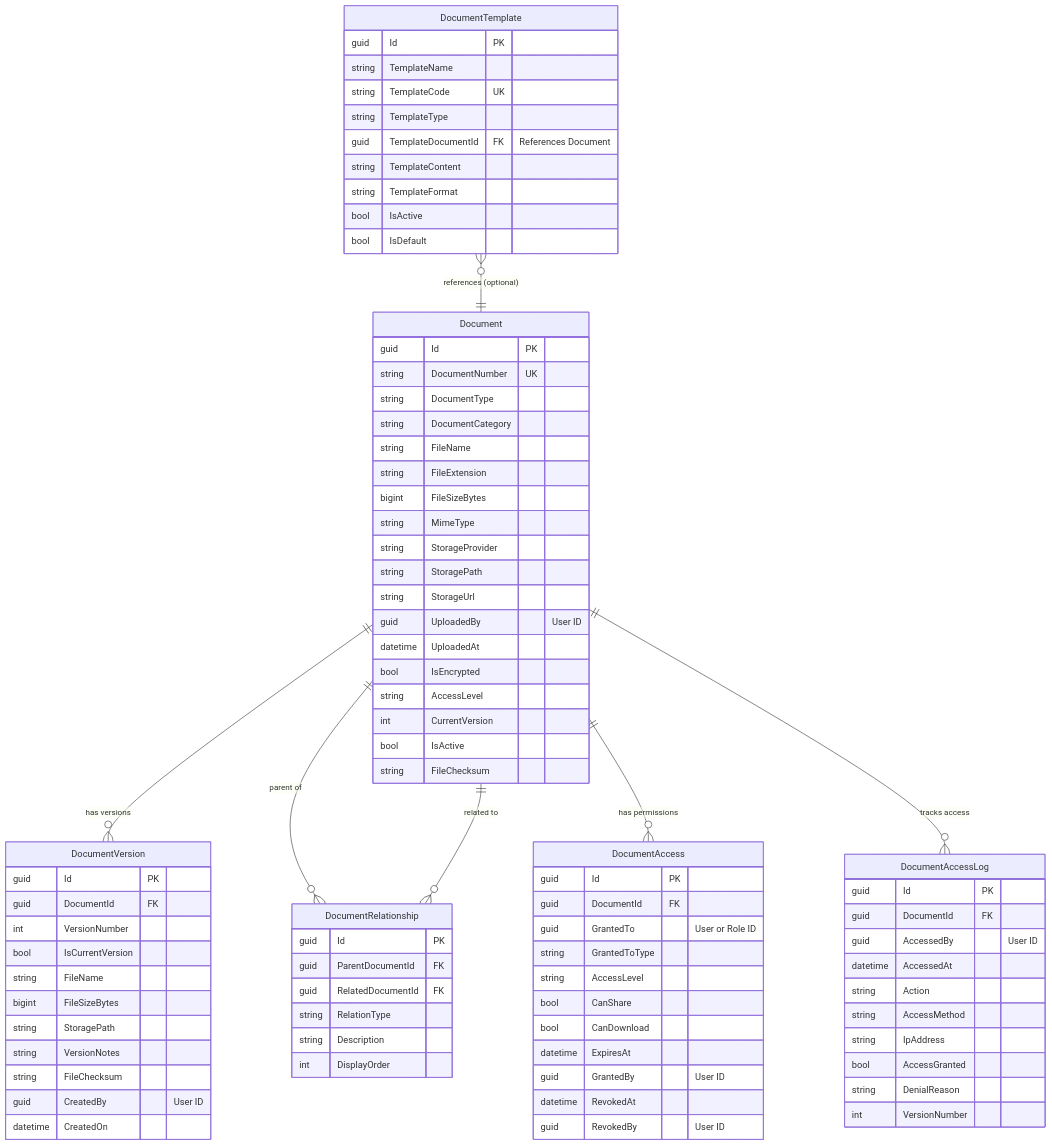
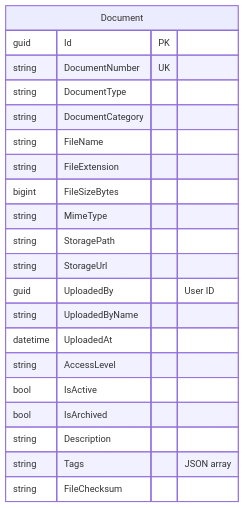
The diagram in docs/data-model/05-document-module.md (immortalgky/collateral-appraisal-system-api), drawn with Mermaid before and after one commit. The commit also changed other lines of this file, not shown here.

Commit message:
Revise Document Module documentation: update features, enhance structure, and outline future enhancements

````diff
--- a/docs/data-model/05-document-module.md
+++ b/docs/data-model/05-document-module.md
@@ -389,12 +37,5 @@
 ```mermaid
 erDiagram
-    Document ||--o{ DocumentVersion : "has versions"
-    Document ||--o{ DocumentRelationship : "parent of"
-    Document ||--o{ DocumentRelationship : "related to"
-    Document ||--o{ DocumentAccess : "has permissions"
-    Document ||--o{ DocumentAccessLog : "tracks access"
-    DocumentTemplate }o--|| Document : "references (optional)"
-
     Document {
         guid Id PK
         string DocumentNumber UK
@@ -404,77 +45,16 @@
         string FileExtension
         bigint FileSizeBytes
         string MimeType
-        string StorageProvider
         string StoragePath
         string StorageUrl
         guid UploadedBy "User ID"
+        string UploadedByName
         datetime UploadedAt
-        bool IsEncrypted
         string AccessLevel
-        int CurrentVersion
         bool IsActive
+        bool IsArchived
+        string Description
+        string Tags "JSON array"
         string FileChecksum
     }
-
-    DocumentVersion {
-        guid Id PK
-        guid DocumentId FK
-        int VersionNumber
-        bool IsCurrentVersion
-        string FileName
-        bigint FileSizeBytes
-        string StoragePath
-        string VersionNotes
-        string FileChecksum
-        guid CreatedBy "User ID"
-        datetime CreatedOn
-    }
-
-    DocumentRelationship {
-        guid Id PK
-        guid ParentDocumentId FK
-        guid RelatedDocumentId FK
-        string RelationType
-        string Description
-        int DisplayOrder
-    }
-
-    DocumentAccess {
-        guid Id PK
-        guid DocumentId FK
-        guid GrantedTo "User or Role ID"
-        string GrantedToType
-        string AccessLevel
-        bool CanShare
-        bool CanDownload
-        datetime ExpiresAt
-        guid GrantedBy "User ID"
-        datetime RevokedAt
-        guid RevokedBy "User ID"
-    }
-
-    DocumentAccessLog {
-        guid Id PK
-        guid DocumentId FK
-        guid AccessedBy "User ID"
-        datetime AccessedAt
-        string Action
-        string AccessMethod
-        string IpAddress
-        bool AccessGranted
-        string DenialReason
-        int VersionNumber
-    }
-
-    DocumentTemplate {
-        guid Id PK
-        string TemplateName
-        string TemplateCode UK
-        string TemplateType
-        guid TemplateDocumentId FK "References Document"
-        string TemplateContent
-        string TemplateFormat
-        bool IsActive
-        bool IsDefault
-    }
 ```
````
